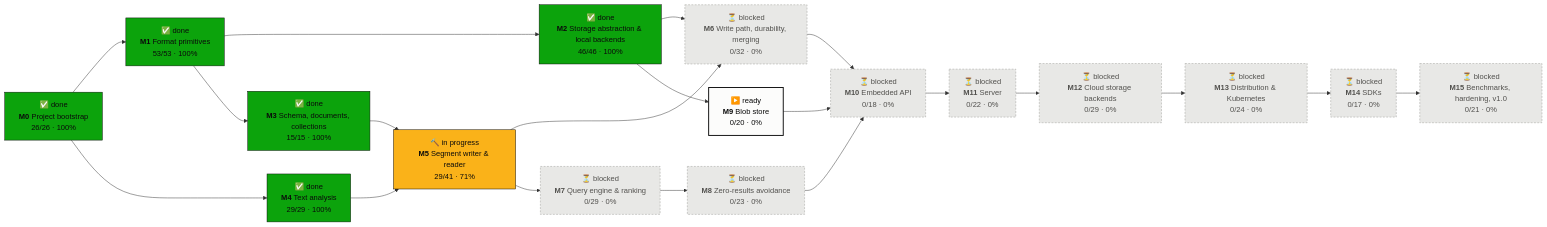
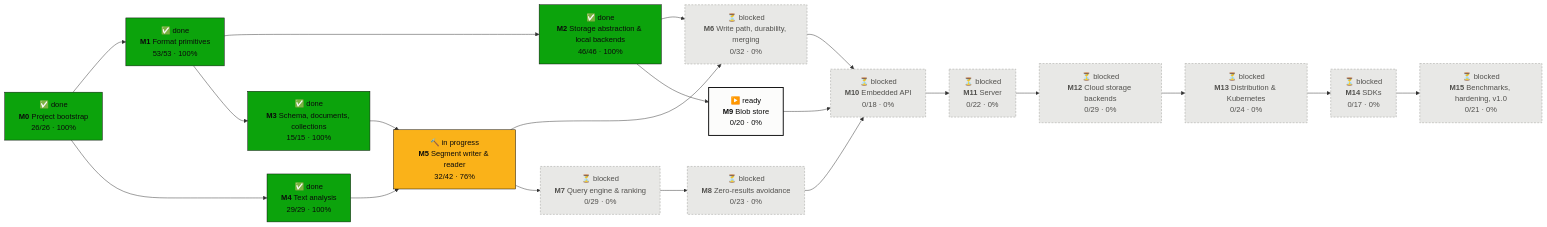
One commit to tomiok/persiaDB changed the first of 2 diagrams in PROGRESS.md. Above: the diagram before and after it, drawn with Mermaid. The commit also changed other lines of this file and 22 other files, not shown here.

First line of the commit message:
Segment verify, inspect and dump (ROADMAP 5.4.1–5.4.3) (#27)

````diff
--- a/PROGRESS.md
+++ b/PROGRESS.md
@@ -16,42 +16,42 @@
 ```mermaid
 flowchart LR
   M0["✅ done<br/><b>M0</b> Project bootstrap<br/>26/26 · 100%"]:::done
   M1["✅ done<br/><b>M1</b> Format primitives<br/>53/53 · 100%"]:::done
   M2["✅ done<br/><b>M2</b> Storage abstraction & local backends<br/>46/46 · 100%"]:::done
   M3["✅ done<br/><b>M3</b> Schema, documents, collections<br/>15/15 · 100%"]:::done
   M4["✅ done<br/><b>M4</b> Text analysis<br/>29/29 · 100%"]:::done
-  M5["🔨 in progress<br/><b>M5</b> Segment writer & reader<br/>29/41 · 71%"]:::doing
+  M5["🔨 in progress<br/><b>M5</b> Segment writer & reader<br/>32/42 · 76%"]:::doing
   M6["⏳ blocked<br/><b>M6</b> Write path, durability, merging<br/>0/32 · 0%"]:::blocked
   M7["⏳ blocked<br/><b>M7</b> Query engine & ranking<br/>0/29 · 0%"]:::blocked
   M8["⏳ blocked<br/><b>M8</b> Zero-results avoidance<br/>0/23 · 0%"]:::blocked
   M9["▶️ ready<br/><b>M9</b> Blob store<br/>0/20 · 0%"]:::ready
   M10["⏳ blocked<br/><b>M10</b> Embedded API<br/>0/18 · 0%"]:::blocked
   M11["⏳ blocked<br/><b>M11</b> Server<br/>0/22 · 0%"]:::blocked
   M12["⏳ blocked<br/><b>M12</b> Cloud storage backends<br/>0/29 · 0%"]:::blocked
   M13["⏳ blocked<br/><b>M13</b> Distribution & Kubernetes<br/>0/24 · 0%"]:::blocked
   M14["⏳ blocked<br/><b>M14</b> SDKs<br/>0/17 · 0%"]:::blocked
   M15["⏳ blocked<br/><b>M15</b> Benchmarks, hardening, v1.0<br/>0/21 · 0%"]:::blocked
   M0 --> M1
   M1 --> M2
   M1 --> M3
   M0 --> M4
   M3 --> M5
   M4 --> M5
   M2 --> M6
   M5 --> M6
   M5 --> M7
   M7 --> M8
   M2 --> M9
   M6 --> M10
   M8 --> M10
   M9 --> M10
   M10 --> M11
   M11 --> M12
   M12 --> M13
   M13 --> M14
   M14 --> M15
   classDef done fill:#0ca30c,stroke:#0b0b0b,color:#0b0b0b
   classDef doing fill:#fab219,stroke:#0b0b0b,color:#0b0b0b
   classDef ready fill:#fcfcfb,stroke:#0b0b0b,stroke-width:2px,color:#0b0b0b
   classDef blocked fill:#e8e8e6,stroke:#9a9a96,stroke-dasharray:4 3,color:#52514e
 ```
````
